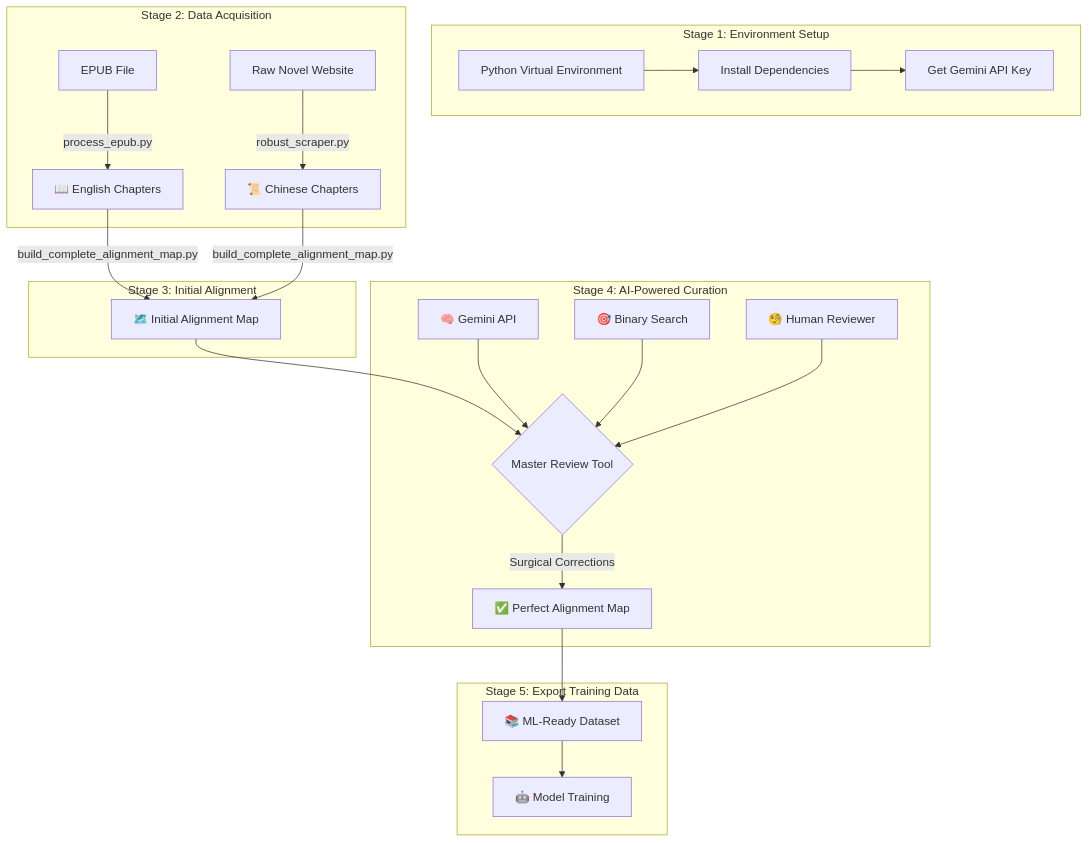
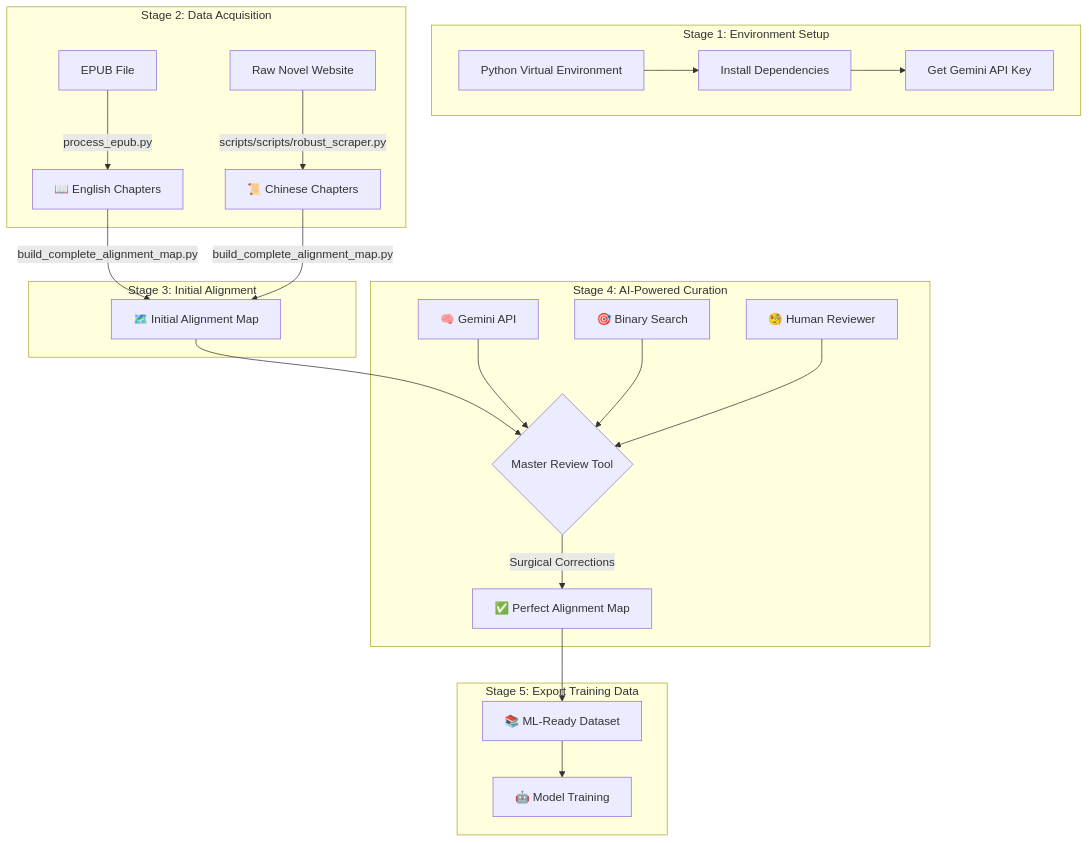
Before and after one commit to anantham/Translation-Workbench: the first of 2 diagrams in README.md, drawn with Mermaid. The commit also changed other lines of this file and 5 other files, not shown here.

````diff
--- a/README.md
+++ b/README.md
@@ -18,30 +18,30 @@
 ```mermaid
 graph TD
     subgraph "Stage 1: Environment Setup"
         ENV[Python Virtual Environment] --> DEPS[Install Dependencies]
         DEPS --> API[Get Gemini API Key]
     end
 
     subgraph "Stage 2: Data Acquisition"
         EPUB[EPUB File] -->|process_epub.py| ENG[📖 English Chapters]
-        WEB[Raw Novel Website] -->|robust_scraper.py| CHN[📜 Chinese Chapters]
+        WEB[Raw Novel Website] -->|scripts/scripts/robust_scraper.py| CHN[📜 Chinese Chapters]
     end
 
     subgraph "Stage 3: Initial Alignment"
         ENG -->|build_complete_alignment_map.py| MAP[🗺️ Initial Alignment Map]
         CHN -->|build_complete_alignment_map.py| MAP
     end
     
     subgraph "Stage 4: AI-Powered Curation"
         MAP --> UI{Master Review Tool}
         GEMINI[🧠 Gemini API] --> UI
         BINARY[🎯 Binary Search] --> UI
         HUMAN[🧐 Human Reviewer] --> UI
         UI -->|Surgical Corrections| FINAL[✅ Perfect Alignment Map]
     end
     
     subgraph "Stage 5: Export Training Data"
         FINAL --> DATASET[📚 ML-Ready Dataset]
         DATASET --> TRAIN[🤖 Model Training]
     end
 ```
````
